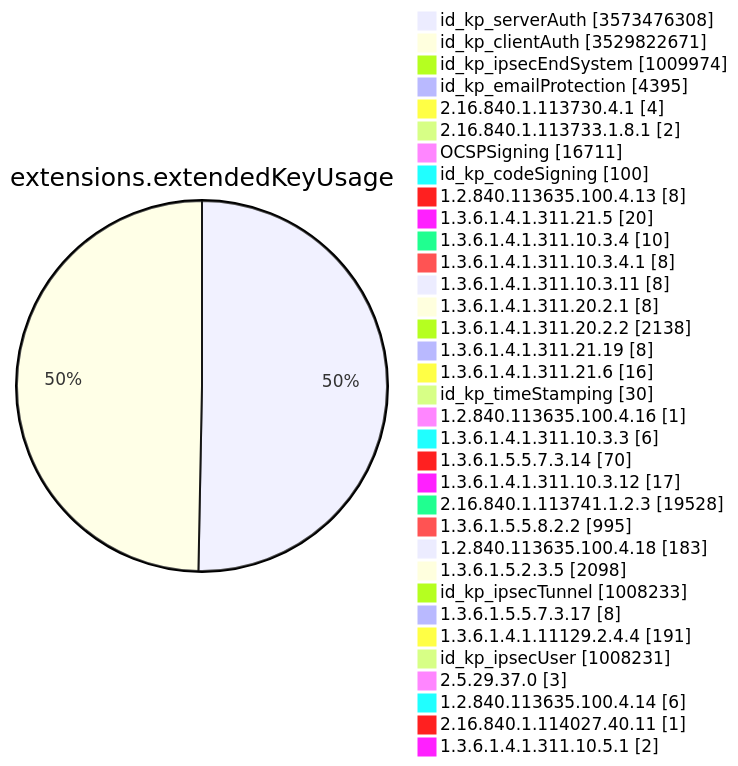
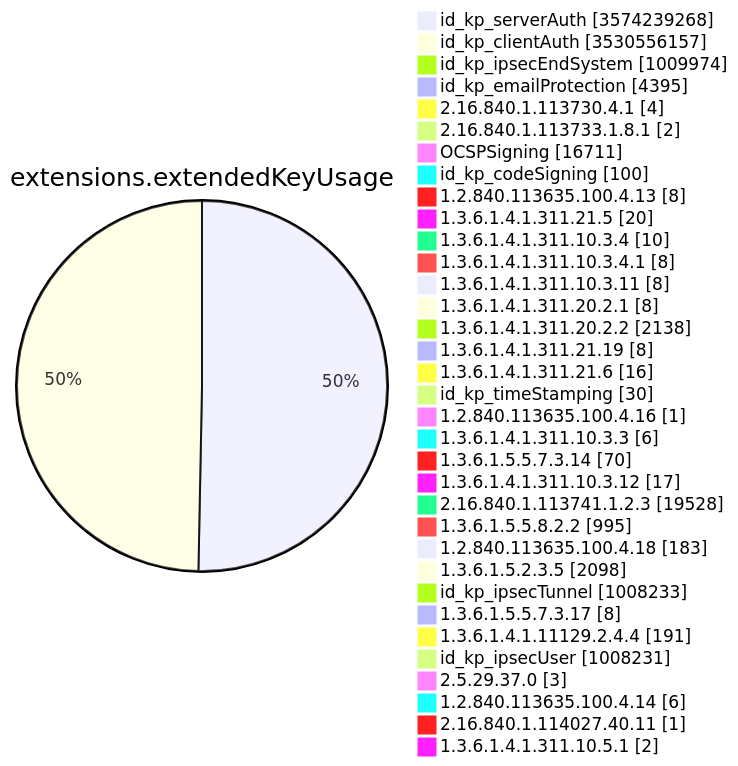
Before and after one commit to christiankrug/ctmonitor_visualization: diagram 11 of 15 in TOTAL/README.md, drawn with Mermaid. The commit also changed other lines of this file, not shown here.

````diff
--- a/TOTAL/README.md
+++ b/TOTAL/README.md
@@ -4128,38 +4128,38 @@
 ```mermaid
 pie showData
 title extensions.extendedKeyUsage
-"id_kp_serverAuth" :3573476308
-"id_kp_clientAuth" :3529822671
+"id_kp_serverAuth" :3574239268
+"id_kp_clientAuth" :3530556157
 "id_kp_ipsecEndSystem" :1009974
 "id_kp_emailProtection" :4395
 "2.16.840.1.113730.4.1" :4
 "2.16.840.1.113733.1.8.1" :2
 "OCSPSigning" :16711
 "id_kp_codeSigning" :100
 "1.2.840.113635.100.4.13" :8
 "1.3.6.1.4.1.311.21.5" :20
 "1.3.6.1.4.1.311.10.3.4" :10
 "1.3.6.1.4.1.311.10.3.4.1" :8
 "1.3.6.1.4.1.311.10.3.11" :8
 "1.3.6.1.4.1.311.20.2.1" :8
 "1.3.6.1.4.1.311.20.2.2" :2138
 "1.3.6.1.4.1.311.21.19" :8
 "1.3.6.1.4.1.311.21.6" :16
 "id_kp_timeStamping" :30
 "1.2.840.113635.100.4.16" :1
 "1.3.6.1.4.1.311.10.3.3" :6
 "1.3.6.1.5.5.7.3.14" :70
 "1.3.6.1.4.1.311.10.3.12" :17
 "2.16.840.1.113741.1.2.3" :19528
 "1.3.6.1.5.5.8.2.2" :995
 "1.2.840.113635.100.4.18" :183
 "1.3.6.1.5.2.3.5" :2098
 "id_kp_ipsecTunnel" :1008233
 "1.3.6.1.5.5.7.3.17" :8
 "1.3.6.1.4.1.11129.2.4.4" :191
 "id_kp_ipsecUser" :1008231
 "2.5.29.37.0" :3
 "1.2.840.113635.100.4.14" :6
 "2.16.840.1.114027.40.11" :1
 "1.3.6.1.4.1.311.10.5.1" :2
 ```
````
